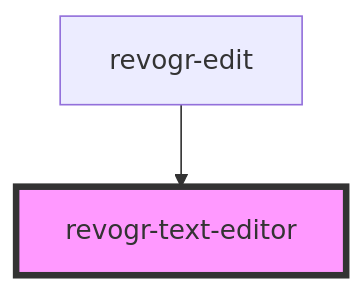
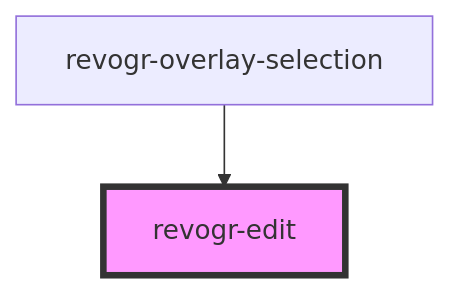
The diagram in src/components/overlay/editors/readme.md (revolist/revogrid), drawn with Mermaid before and after one commit. The commit also changed other lines of this file and 15 other files, not shown here.

````diff
--- a/src/components/overlay/editors/readme.md
+++ b/src/components/overlay/editors/readme.md
@@ -29,5 +32,5 @@
 ```mermaid
 graph TD;
-  revogr-edit --> revogr-text-editor
-  style revogr-text-editor fill:#f9f,stroke:#333,stroke-width:4px
+  revogr-overlay-selection --> revogr-edit
+  style revogr-edit fill:#f9f,stroke:#333,stroke-width:4px
 ```
````
